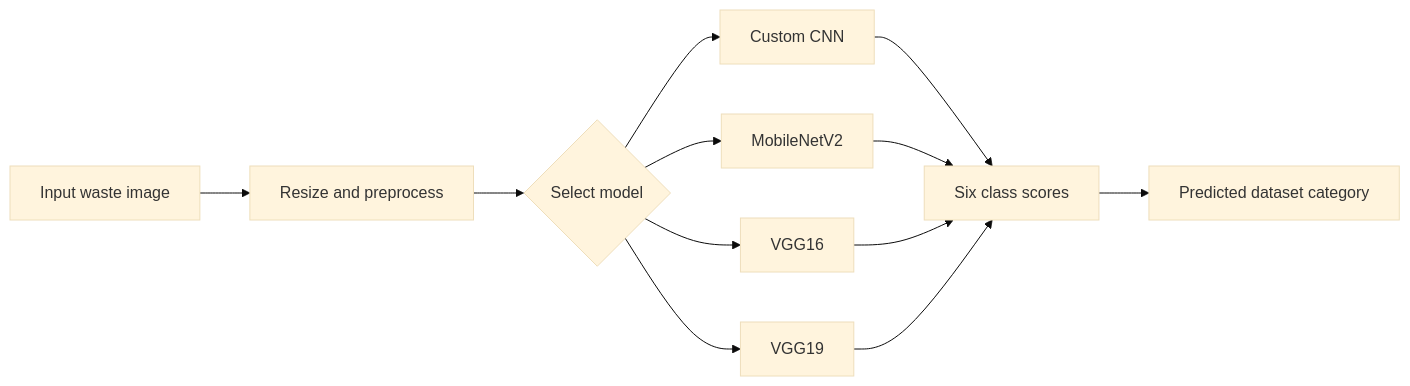
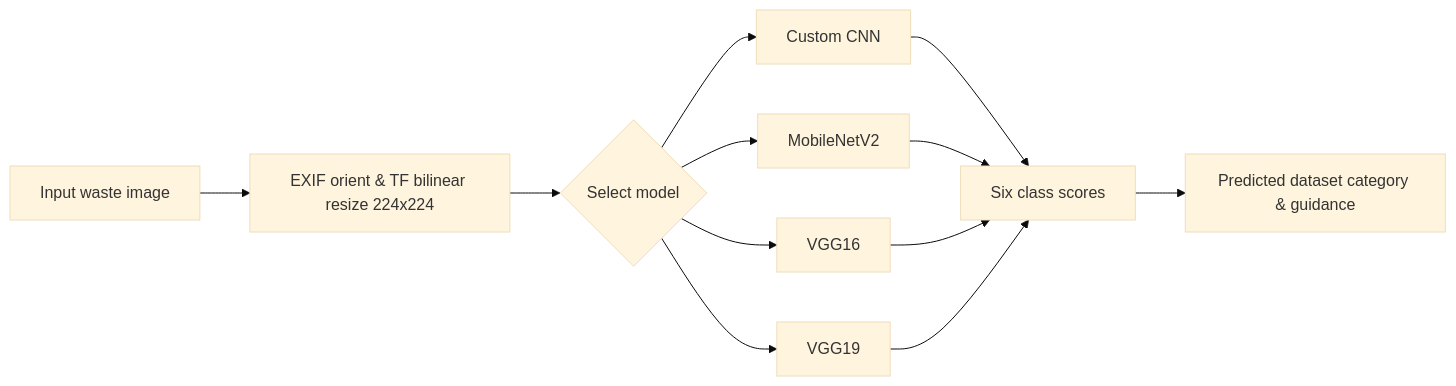
Before and after one commit to Atchyuteswar/WasteAI: the diagram in README.md, drawn with Mermaid (base theme). The commit also changed other lines of this file, not shown here.

````diff
--- a/README.md
+++ b/README.md
@@ -102,14 +100,14 @@
 ```mermaid
 flowchart LR
-    A[Input waste image] --> B[Resize and preprocess]
+    A[Input waste image] --> B[EXIF orient & TF bilinear resize 224x224]
     B --> C{Select model}
     C --> D[Custom CNN]
     C --> E[MobileNetV2]
     C --> F[VGG16]
     C --> G[VGG19]
     D --> H[Six class scores]
     E --> H
     F --> H
     G --> H
-    H --> I[Predicted dataset category]
+    H --> I[Predicted dataset category & guidance]
 ```
````
